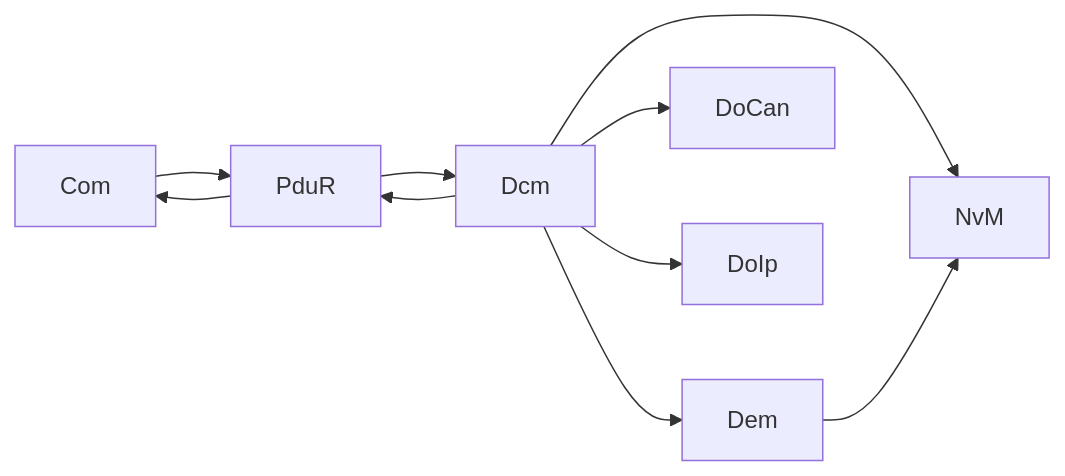
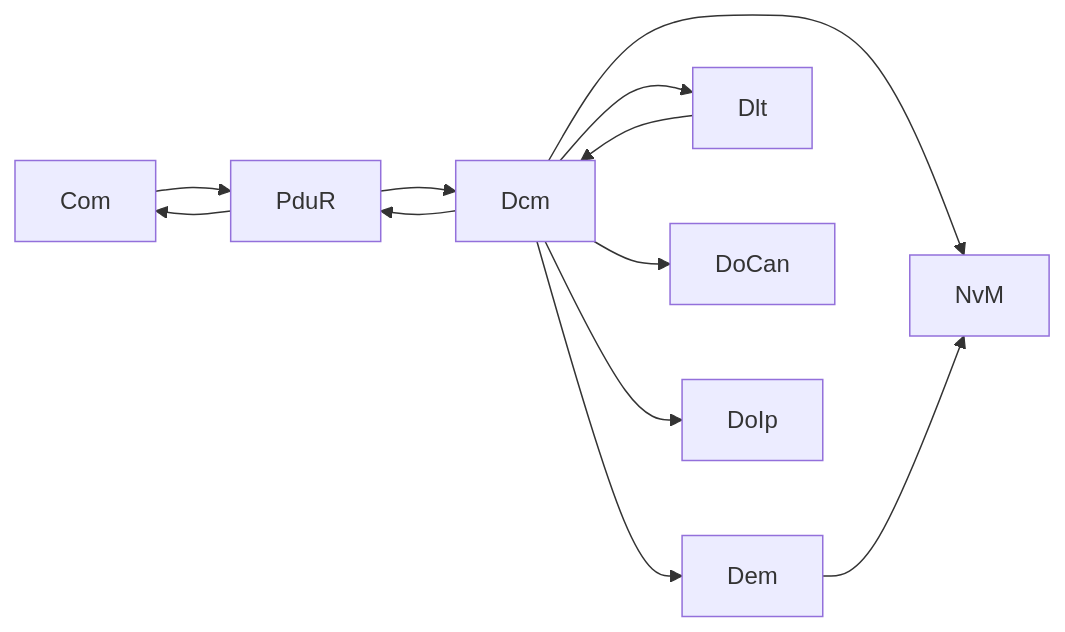
The ninth of 9 diagrams in .qoder/repowiki/zh/content/服务层/服务层.md (frisky1985/yuleASR), drawn with Mermaid before and after one commit. The commit also changed other lines of this file and 4 other files, not shown here.

````diff
--- a/.qoder/repowiki/zh/content/服务层/服务层.md
+++ b/.qoder/repowiki/zh/content/服务层/服务层.md
@@ -382,12 +459,14 @@
 ```mermaid
 graph LR
 COM["Com"] --> PDUR["PduR"]
 PDUR --> COM
 PDUR --> DCM["Dcm"]
 DCM --> PDUR
 DCM --> DEM["Dem"]
+DCM --> DLT["Dlt"]
 DCM --> NVM["NvM"]
 DEM --> NVM
 DCM --> DOCAN["DoCan"]
 DCM --> DOIP["DoIp"]
+DLT --> DCM
 ```
````
